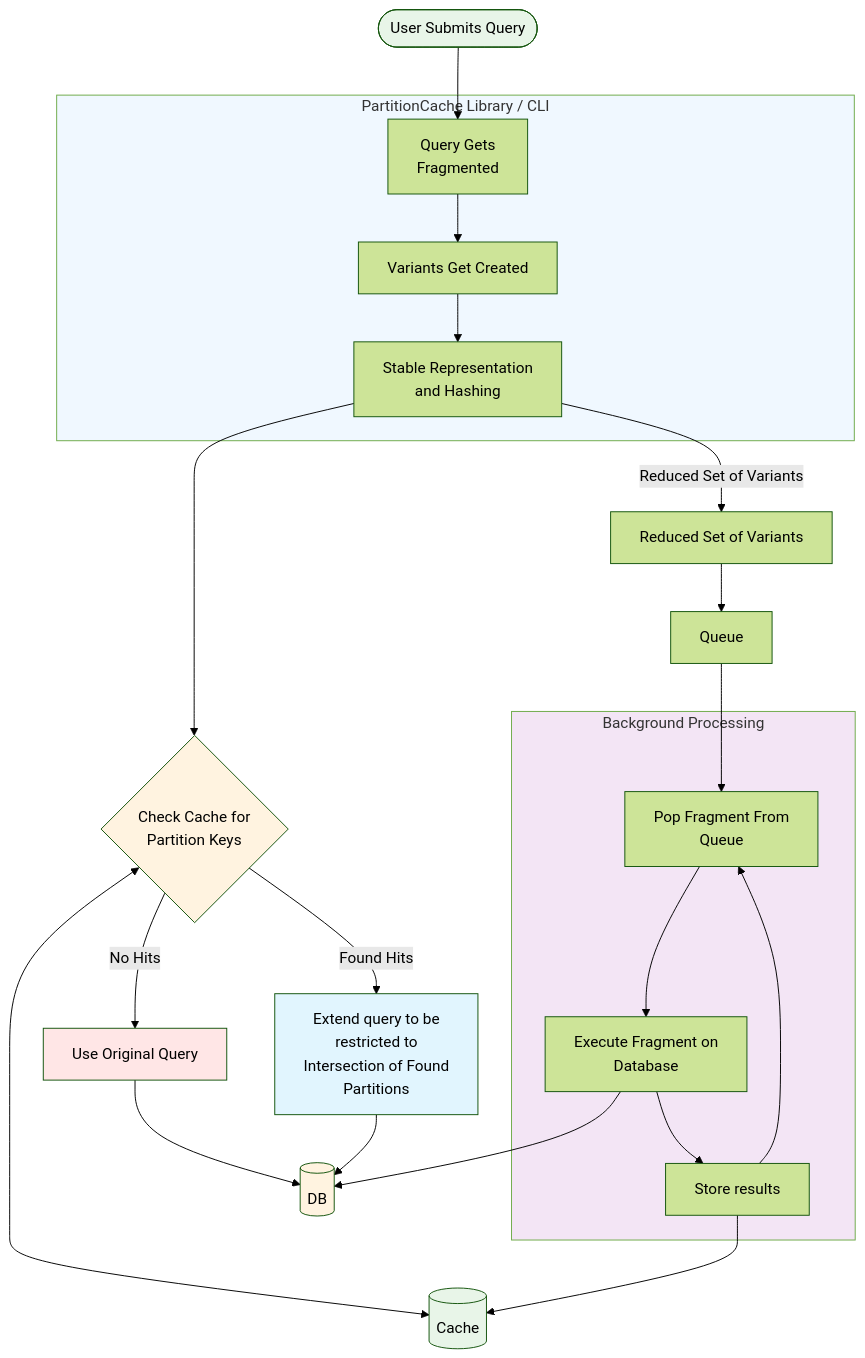
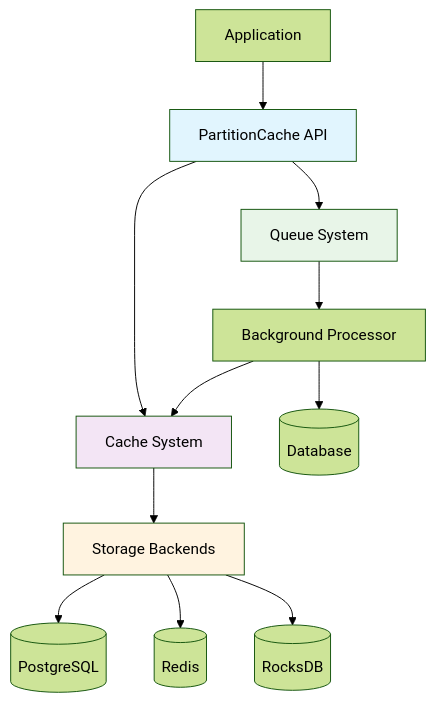
The diagram in docs/README.md (MPoppinga/PartitionCache), drawn with Mermaid (forest theme) before and after one commit. The commit also changed other lines of this file and 6 other files, not shown here.

````diff
--- a/docs/README.md
+++ b/docs/README.md
@@ -212,66 +100,20 @@
 ```mermaid
-flowchart TD
-    Start([User Submits Query])
+graph TB
+    User[Application] --> API[PartitionCache API]
+    API --> Cache[Cache System]
+    API --> Queue[Queue System]
     
-    %% PartitionCache Library/CLI Processing
-    subgraph PCLib["PartitionCache Library / CLI"]
-        Fragment[Query Gets<br/>Fragmented]
-        Variants[Variants Get Created]
-        Hash[Stable Representation<br/>and Hashing]
-    end
+    Queue --> Processor[Background Processor]
+    Processor --> DB[(Database)]
+    Processor --> Cache
     
-    %% Cache Check Phase
-    Check{Check Cache for<br/>Partition Keys}
-    Cache[(Cache)]
+    Cache --> Storage[Storage Backends]
+    Storage --> PG[(PostgreSQL)]
+    Storage --> Redis[(Redis)]
+    Storage --> RocksDB[(RocksDB)]
     
-    %% Decision Paths
-    NoHits[Use Original Query]
-    FoundHits[Extend query to be<br/>restricted to<br/>Intersection of Found<br/>Partitions]
-    
-    %% Queue Processing
-    ReducedSet[Reduced Set of Variants]
-    Queue[Queue]
-    
-    %% Background Processing
-    subgraph Processing["Background Processing"]
-        Pop[Pop Fragment From<br/>Queue]
-        Execute[Execute Fragment on<br/>Database]
-        Store[Store results]
-    end
-    
-    %% Database
-    DB[(DB)]
-    
-    %% Flow connections
-    Start --> Fragment
-    Fragment --> Variants
-    Variants --> Hash
-    Hash --> Check
-    Check <--> Cache
-    
-    Check -->|No Hits| NoHits
-    Check -->|Found Hits| FoundHits
-    
-    Hash -->|Reduced Set of Variants| ReducedSet
-    ReducedSet --> Queue
-    
-    Queue --> Pop
-    Pop --> Execute
-    Execute --> Store
-    Store --> Cache
-    Store --> Pop
-    
-    Execute --> DB
-    NoHits --> DB
-    FoundHits --> DB
-    
-    %% Styling
-    style Start fill:#e8f5e8
-    style PCLib fill:#f0f8ff
-    style Check fill:#fff3e0
-    style NoHits fill:#ffe6e6
-    style FoundHits fill:#e1f5fe
-    style Processing fill:#f3e5f5
-    style Cache fill:#e8f5e8
-    style DB fill:#fff3e0
+    style API fill:#e1f5fe
+    style Cache fill:#f3e5f5
+    style Queue fill:#e8f5e8
+    style Storage fill:#fff3e0
 ```
````
